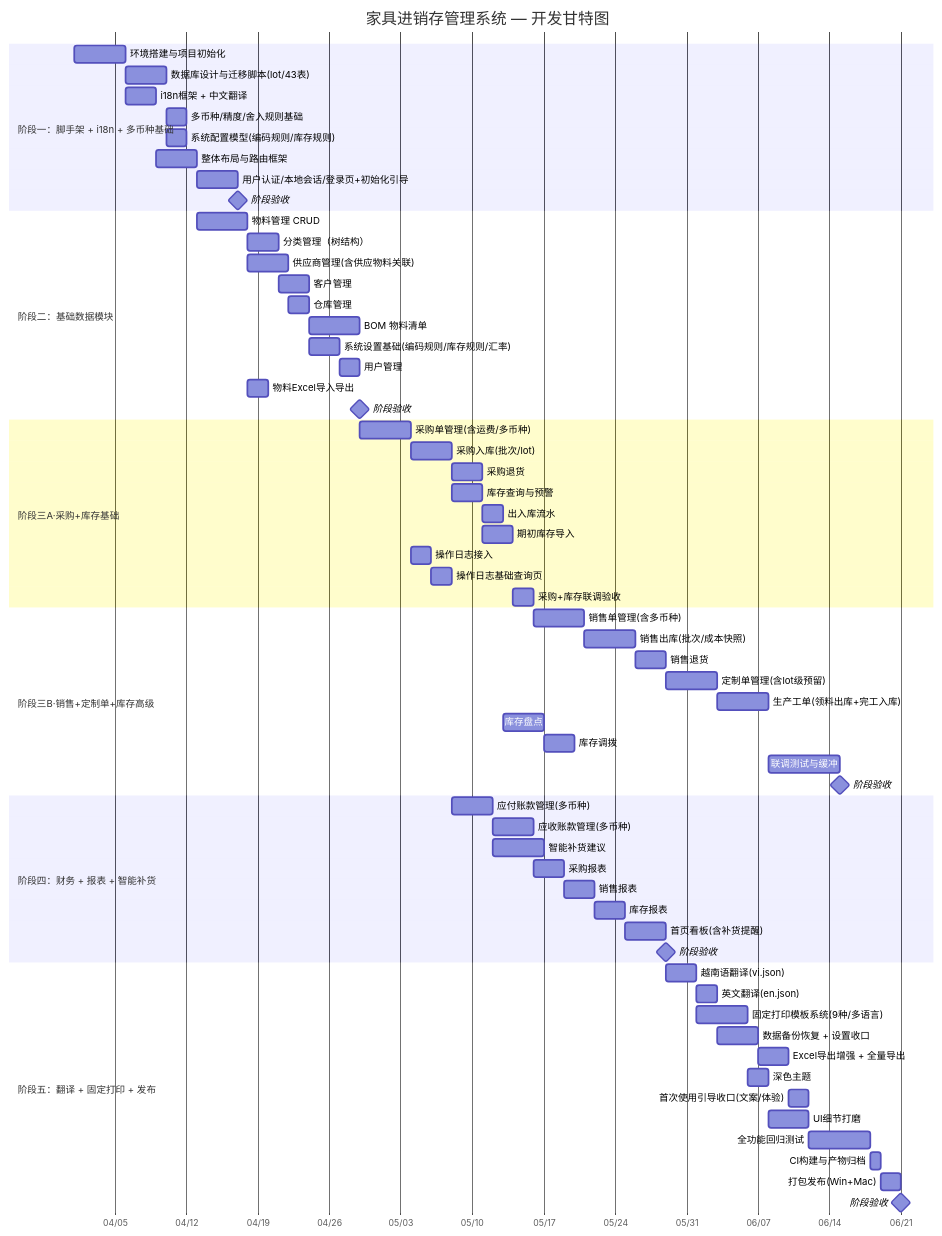
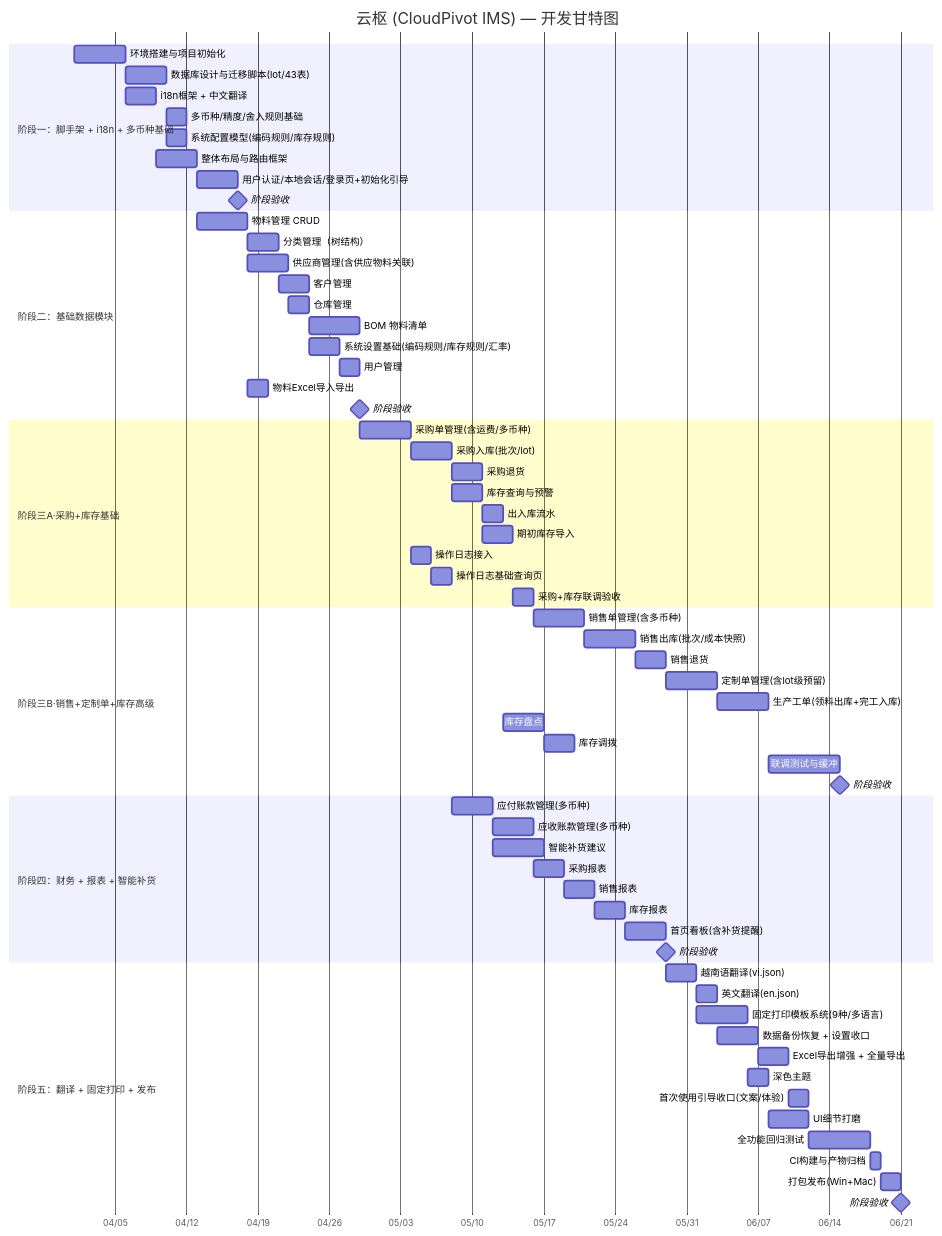
Before and after one commit to kurisu994/Furniture-IMS: the diagram in docs/04-development-plan.md, drawn with Mermaid. The commit also changed other lines of this file and 5 other files, not shown here.

Commit message:
📝 docs: 更新文档标题为云枢 (CloudPivot IMS) - 修改需求文档、数据库设计、界面原型设计、开发计划及评审报告的标题 - 统一项目代号为云枢 (CloudPivot IMS)

````diff
--- a/docs/04-development-plan.md
+++ b/docs/04-development-plan.md
@@ -25,74 +25,74 @@
 ```mermaid
 gantt
-    title 家具进销存管理系统 — 开发甘特图
+    title 云枢 (CloudPivot IMS) — 开发甘特图
     dateFormat  YYYY-MM-DD
     axisFormat  %m/%d
 
     section 阶段一：脚手架 + i18n + 多币种基础
     环境搭建与项目初始化         :a1, 2026-04-01, 5d
     数据库设计与迁移脚本(lot/43表) :a2, after a1, 4d
     i18n框架 + 中文翻译         :a3, after a1, 3d
     多币种/精度/舍入规则基础      :a4, after a2, 2d
     系统配置模型(编码规则/库存规则) :a5, after a2, 2d
     整体布局与路由框架           :a6, after a3, 4d
     用户认证/本地会话/登录页+初始化引导 :a7, after a6, 4d
     阶段验收                     :milestone, after a7, 0d
 
     section 阶段二：基础数据模块
     物料管理 CRUD                :b1, after a6, 5d
     分类管理（树结构）           :b2, after b1, 3d
     供应商管理(含供应物料关联)    :b3, after b1, 4d
     客户管理                     :b4, after b2, 3d
     仓库管理                     :b5, after b3, 2d
     BOM 物料清单                 :b6, after b4, 5d
     系统设置基础(编码规则/库存规则/汇率) :b7, after b5, 3d
     用户管理                     :b8, after b7, 2d
     物料Excel导入导出            :b9, after b1, 2d
     阶段验收                     :milestone, after b8, 0d
 
     section 阶段三A·采购+库存基础
     采购单管理(含运费/多币种)     :c1, after b6, 5d
     采购入库(批次/lot)            :c2, after c1, 4d
     采购退货                     :c3, after c2, 3d
     库存查询与预警               :c7, after c2, 3d
     出入库流水                   :c8, after c7, 2d
     期初库存导入                 :c9, after c7, 3d
     操作日志接入                 :c10, after c1, 2d
     操作日志基础查询页           :c10a, after c10, 2d
     采购+库存联调验收            :c_m, after c9, 2d
 
     section 阶段三B·销售+定制单+库存高级
     销售单管理(含多币种)         :c4, after c_m, 5d
     销售出库(批次/成本快照)        :c5, after c4, 5d
     销售退货                     :c6, after c5, 3d
     定制单管理(含lot级预留)      :c13, after c6, 5d
     生产工单(领料出库+完工入库)   :c15, after c13, 5d
     库存盘点                     :c11, after c8, 4d
     库存调拨                     :c12, after c11, 3d
     联调测试与缓冲               :c14, after c15, 7d
     阶段验收                     :milestone, after c14, 0d
 
     section 阶段四：财务 + 报表 + 智能补货
     应付账款管理(多币种)         :d1, after c2, 4d
     应收账款管理(多币种)         :d2, after d1, 4d
     智能补货建议                 :d3, after d1, 5d
     采购报表                     :d4, after d2, 3d
     销售报表                     :d5, after d4, 3d
     库存报表                     :d6, after d5, 3d
     首页看板(含补货提醒)         :d7, after d6, 4d
     阶段验收                     :milestone, after d7, 0d
 
     section 阶段五：翻译 + 固定打印 + 发布
     越南语翻译(vi.json)          :e1, after d7, 3d
     英文翻译(en.json)            :e2, after e1, 2d
     固定打印模板系统(9种/多语言)  :e3, after e1, 5d
     数据备份恢复 + 设置收口       :e4, after e2, 4d
     Excel导出增强 + 全量导出      :e5, after e4, 3d
     深色主题                     :e6, after e3, 2d
     首次使用引导收口(文案/体验)     :e7, after e5, 2d
     UI细节打磨                   :e8, after e6, 4d
     全功能回归测试               :e9, after e7, 6d
     CI构建与产物归档             :e10, after e9, 1d
     打包发布(Win+Mac)            :e11, after e10, 2d
     阶段验收                     :milestone, after e11, 0d
 ```
````
